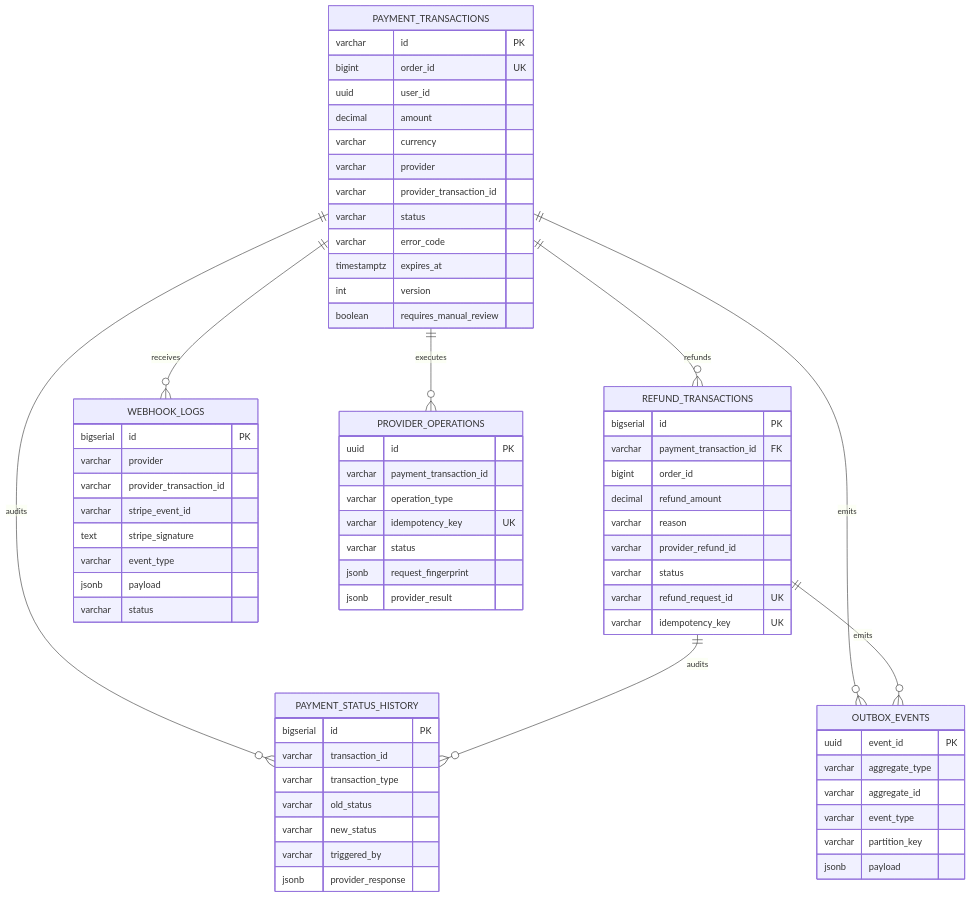
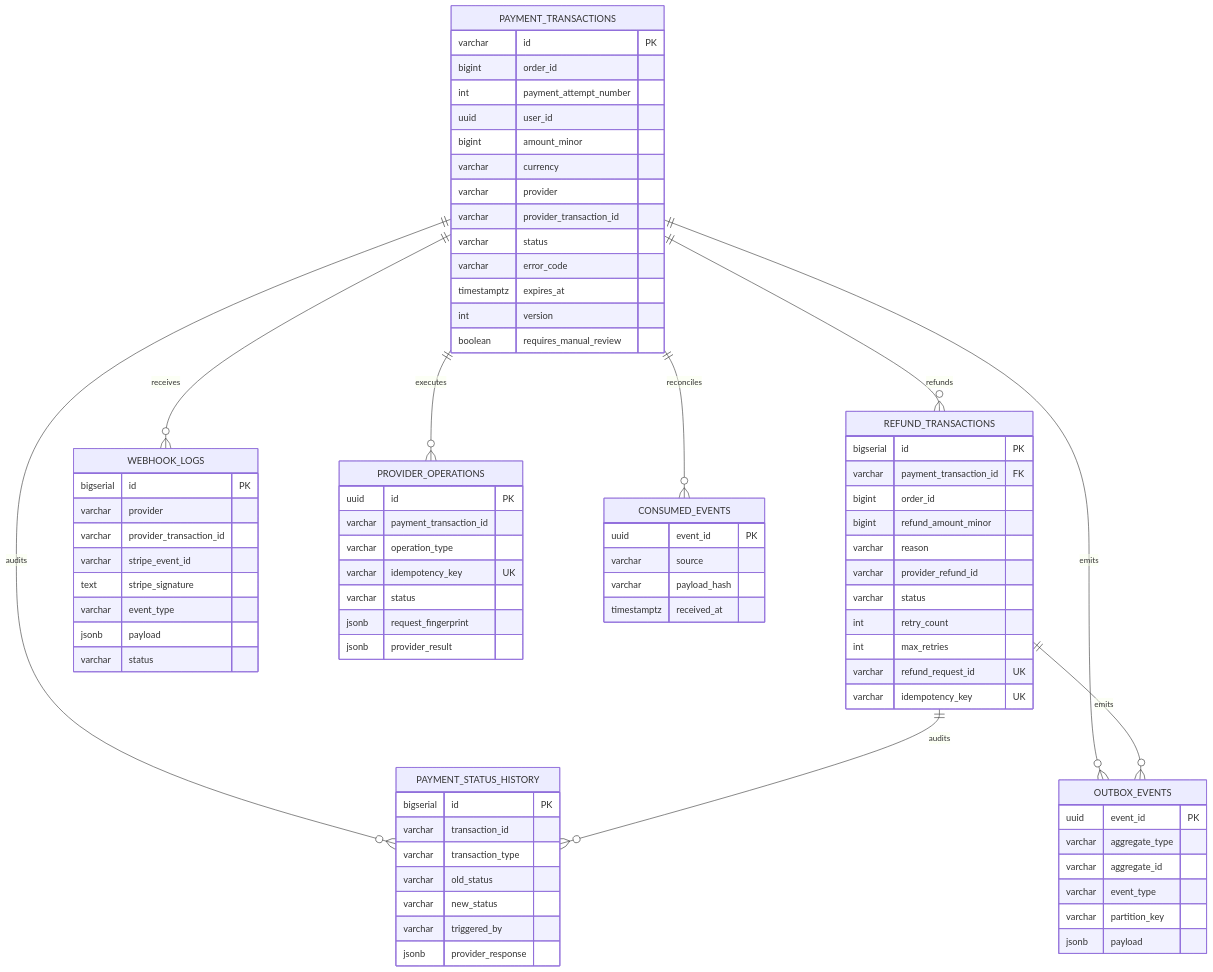
Before and after one commit to quangdung2110/e-commerce-microservices: the diagram in docs/payment/data.md, drawn with Mermaid. The commit also changed other lines of this file and 15 other files, not shown here.

Commit message:
docs(payment): standardize attempt and financial contracts

````diff
--- a/docs/payment/data.md
+++ b/docs/payment/data.md
@@ -39,72 +40,82 @@
 ```mermaid
 erDiagram
     PAYMENT_TRANSACTIONS ||--o{ REFUND_TRANSACTIONS : refunds
     PAYMENT_TRANSACTIONS ||--o{ WEBHOOK_LOGS : receives
     PAYMENT_TRANSACTIONS ||--o{ PAYMENT_STATUS_HISTORY : audits
     REFUND_TRANSACTIONS ||--o{ PAYMENT_STATUS_HISTORY : audits
     PAYMENT_TRANSACTIONS ||--o{ OUTBOX_EVENTS : emits
     REFUND_TRANSACTIONS ||--o{ OUTBOX_EVENTS : emits
     PAYMENT_TRANSACTIONS ||--o{ PROVIDER_OPERATIONS : executes
+    PAYMENT_TRANSACTIONS ||--o{ CONSUMED_EVENTS : reconciles
 
     PAYMENT_TRANSACTIONS {
       varchar id PK
-      bigint order_id UK
+      bigint order_id
+      int payment_attempt_number
       uuid user_id
-      decimal amount
+      bigint amount_minor
       varchar currency
       varchar provider
       varchar provider_transaction_id
       varchar status
       varchar error_code
       timestamptz expires_at
       int version
       boolean requires_manual_review
     }
     REFUND_TRANSACTIONS {
       bigserial id PK
       varchar payment_transaction_id FK
       bigint order_id
-      decimal refund_amount
+      bigint refund_amount_minor
       varchar reason
       varchar provider_refund_id
       varchar status
+      int retry_count
+      int max_retries
       varchar refund_request_id UK
       varchar idempotency_key UK
     }
     WEBHOOK_LOGS {
       bigserial id PK
       varchar provider
       varchar provider_transaction_id
       varchar stripe_event_id
       text stripe_signature
       varchar event_type
       jsonb payload
       varchar status
     }
     PAYMENT_STATUS_HISTORY {
       bigserial id PK
       varchar transaction_id
       varchar transaction_type
       varchar old_status
       varchar new_status
       varchar triggered_by
       jsonb provider_response
     }
     OUTBOX_EVENTS {
       uuid event_id PK
       varchar aggregate_type
       varchar aggregate_id
       varchar event_type
       varchar partition_key
       jsonb payload
     }
     PROVIDER_OPERATIONS {
       uuid id PK
       varchar payment_transaction_id
       varchar operation_type
       varchar idempotency_key UK
       varchar status
       jsonb request_fingerprint
       jsonb provider_result
     }
+    CONSUMED_EVENTS {
+      uuid event_id PK
+      varchar source
+      varchar payload_hash
+      timestamptz received_at
+    }
 ```
````
